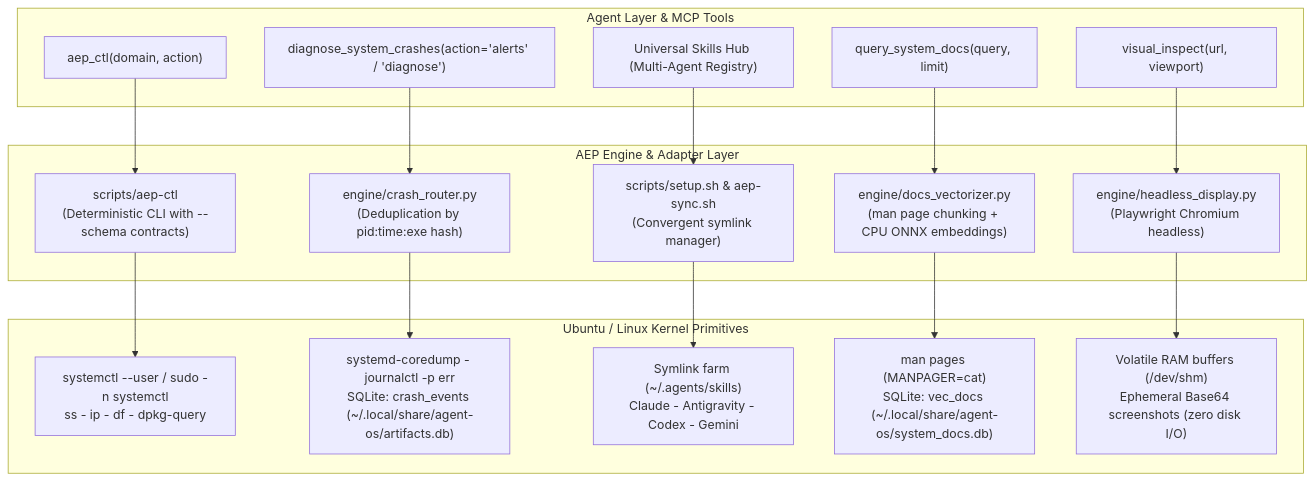
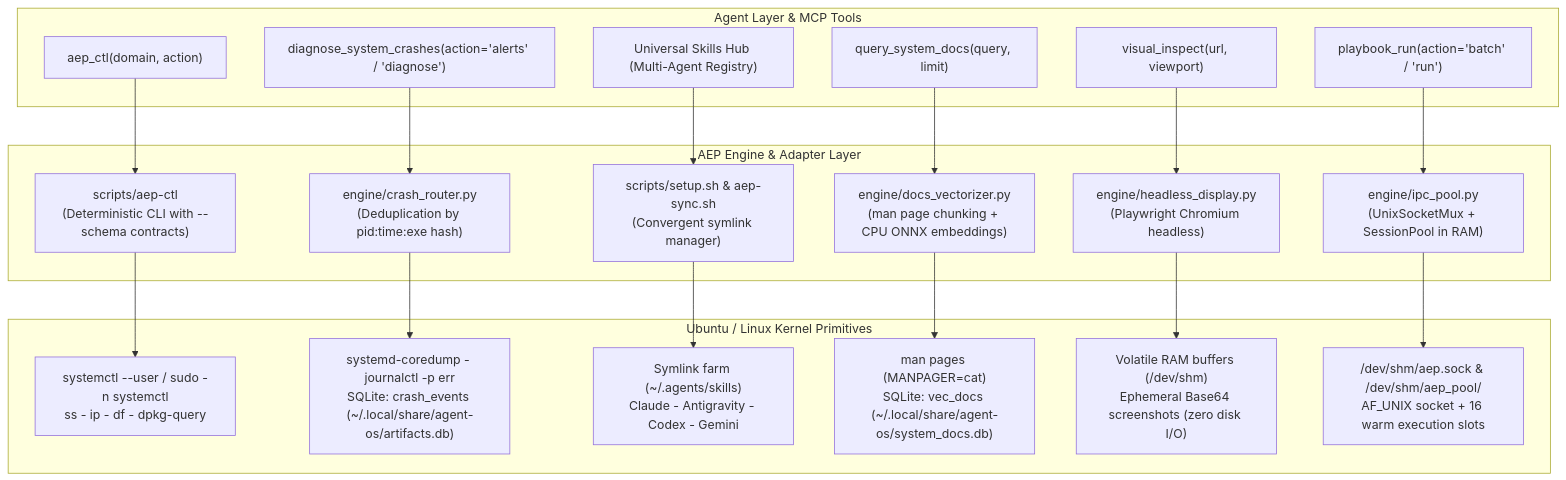
Before and after one commit to ancrz/agent-execution-plane: diagram 11 of 16 in README.md, drawn with Mermaid. The commit also changed other lines of this file and 9 other files, not shown here.

````diff
--- a/README.md
+++ b/README.md
@@ -699,32 +704,36 @@
 ```mermaid
 flowchart TD
     subgraph Agents["Agent Layer & MCP Tools"]
         T1["aep_ctl(domain, action)"]
         T2["diagnose_system_crashes(action='alerts' / 'diagnose')"]
         T3["Universal Skills Hub (Multi-Agent Registry)"]
         T4["query_system_docs(query, limit)"]
         T5["visual_inspect(url, viewport)"]
+        T7["playbook_run(action='batch' / 'run')"]
     end
 
     subgraph Adapters["AEP Engine & Adapter Layer"]
         A1["scripts/aep-ctl<br/>(Deterministic CLI with --schema contracts)"]
         A2["engine/crash_router.py<br/>(Deduplication by pid:time:exe hash)"]
         A3["scripts/setup.sh & aep-sync.sh<br/>(Convergent symlink manager)"]
         A4["engine/docs_vectorizer.py<br/>(man page chunking + CPU ONNX embeddings)"]
         A5["engine/headless_display.py<br/>(Playwright Chromium headless)"]
+        A7["engine/ipc_pool.py<br/>(UnixSocketMux + SessionPool in RAM)"]
     end
 
     subgraph OS["Ubuntu / Linux Kernel Primitives"]
         OS1["systemctl --user / sudo -n systemctl<br/>ss - ip - df - dpkg-query"]
         OS2["systemd-coredump - journalctl -p err<br/>SQLite: crash_events (~/.local/share/agent-os/artifacts.db)"]
         OS3["Symlink farm (~/.agents/skills)<br/>Claude - Antigravity - Codex - Gemini"]
         OS4["man pages (MANPAGER=cat)<br/>SQLite: vec_docs (~/.local/share/agent-os/system_docs.db)"]
         OS5["Volatile RAM buffers (/dev/shm)<br/>Ephemeral Base64 screenshots (zero disk I/O)"]
+        OS7["/dev/shm/aep.sock & /dev/shm/aep_pool/<br/>AF_UNIX socket + 16 warm execution slots"]
     end
 
     T1 --> A1 --> OS1
     T2 --> A2 --> OS2
     T3 --> A3 --> OS3
     T4 --> A4 --> OS4
     T5 --> A5 --> OS5
+    T7 --> A7 --> OS7
 ```
````
